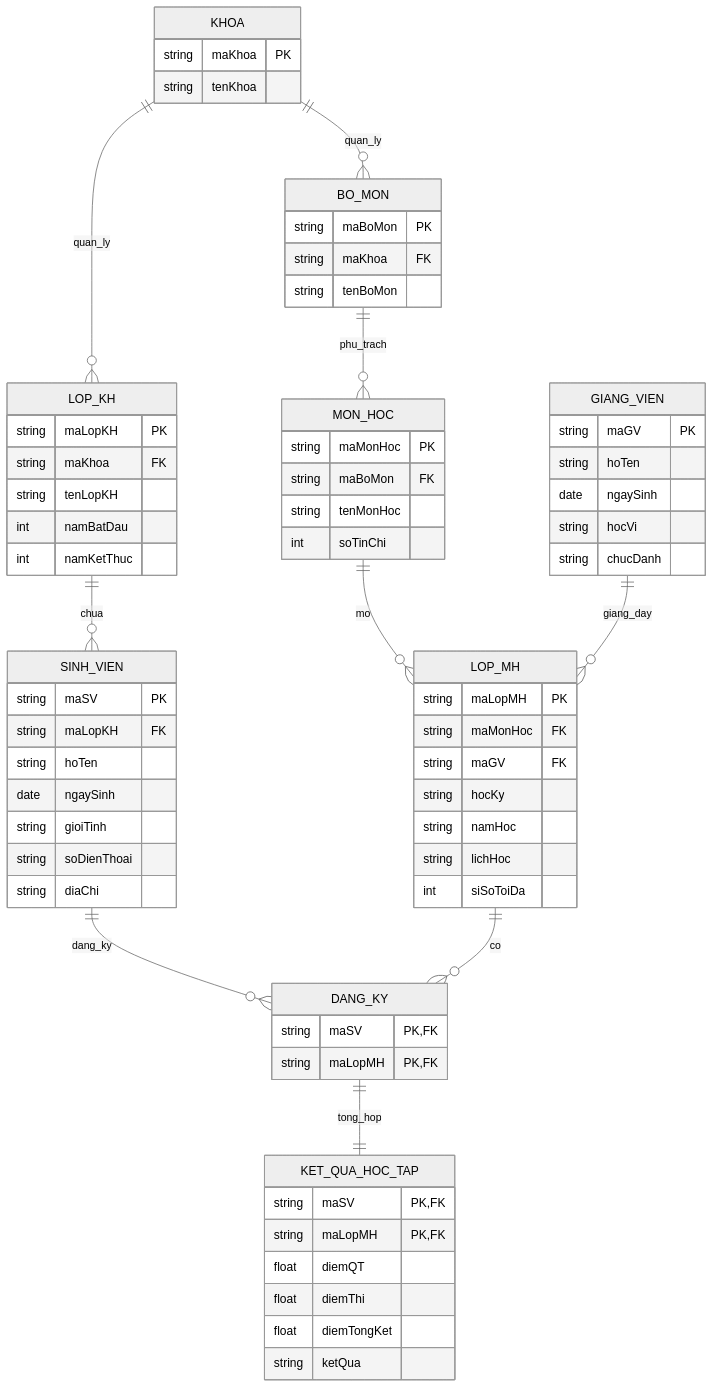
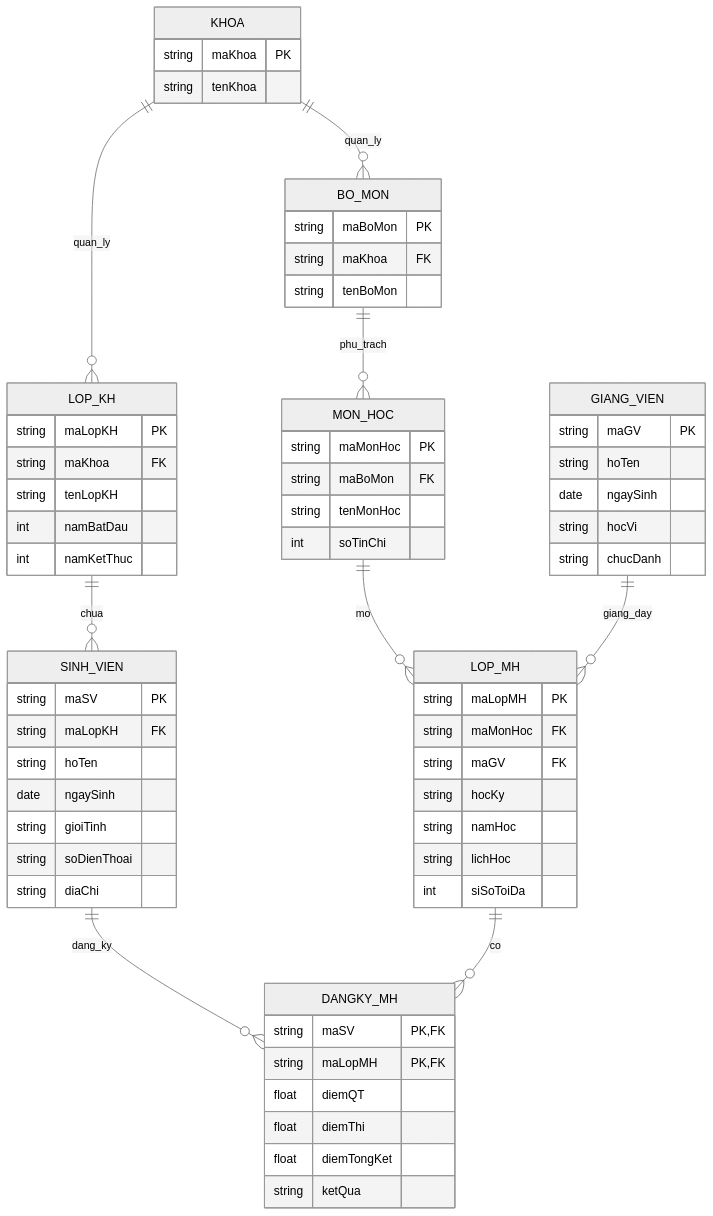
The diagram in README.md (0023413684-crypto/quan-ly-sinh-vien), drawn with Mermaid (neutral theme) before and after one commit.

````diff
--- a/README.md
+++ b/README.md
@@ -1,80 +1,74 @@
 ```mermaid
   erDiagram
     KHOA ||--o{ BO_MON : quan_ly
     KHOA ||--o{ LOP_KH : quan_ly
     BO_MON ||--o{ MON_HOC : phu_trach
     LOP_KH ||--o{ SINH_VIEN : chua
     MON_HOC ||--o{ LOP_MH : mo
     GIANG_VIEN ||--o{ LOP_MH : giang_day
-    SINH_VIEN ||--o{ DANG_KY : dang_ky
-    LOP_MH ||--o{ DANG_KY : co
-    DANG_KY ||--|| KET_QUA_HOC_TAP : tong_hop
+    SINH_VIEN ||--o{ DANGKY_MH : dang_ky
+    LOP_MH ||--o{ DANGKY_MH : co
 
     KHOA {
         string maKhoa PK
         string tenKhoa
     }
 
     BO_MON {
         string maBoMon PK
         string maKhoa FK
         string tenBoMon
     }
 
     LOP_KH {
         string maLopKH PK
         string maKhoa FK
         string tenLopKH
         int namBatDau
         int namKetThuc
     }
 
     MON_HOC {
         string maMonHoc PK
         string maBoMon FK
         string tenMonHoc
         int soTinChi
     }
 
     SINH_VIEN {
         string maSV PK
         string maLopKH FK
         string hoTen
         date ngaySinh
         string gioiTinh
         string soDienThoai
         string diaChi
     }
 
     GIANG_VIEN {
         string maGV PK
         string hoTen
         date ngaySinh
         string hocVi
         string chucDanh
     }
 
     LOP_MH {
         string maLopMH PK
         string maMonHoc FK
         string maGV FK
         string hocKy
         string namHoc
         string lichHoc
         int siSoToiDa
     }
 
-    DANG_KY {
-        string maSV PK, FK
-        string maLopMH PK, FK
-    }
-
-    KET_QUA_HOC_TAP {
+    DANGKY_MH {
         string maSV PK, FK
         string maLopMH PK, FK
         float diemQT
         float diemThi
         float diemTongKet
         string ketQua
     }
 ```
````
